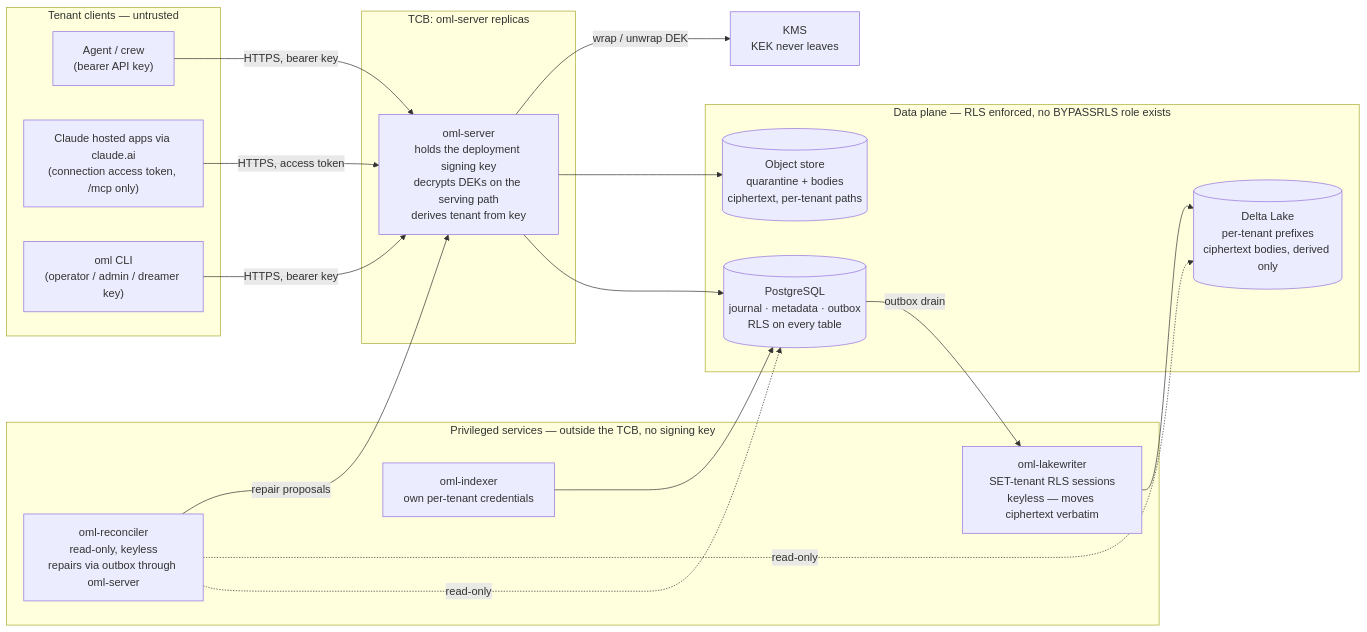
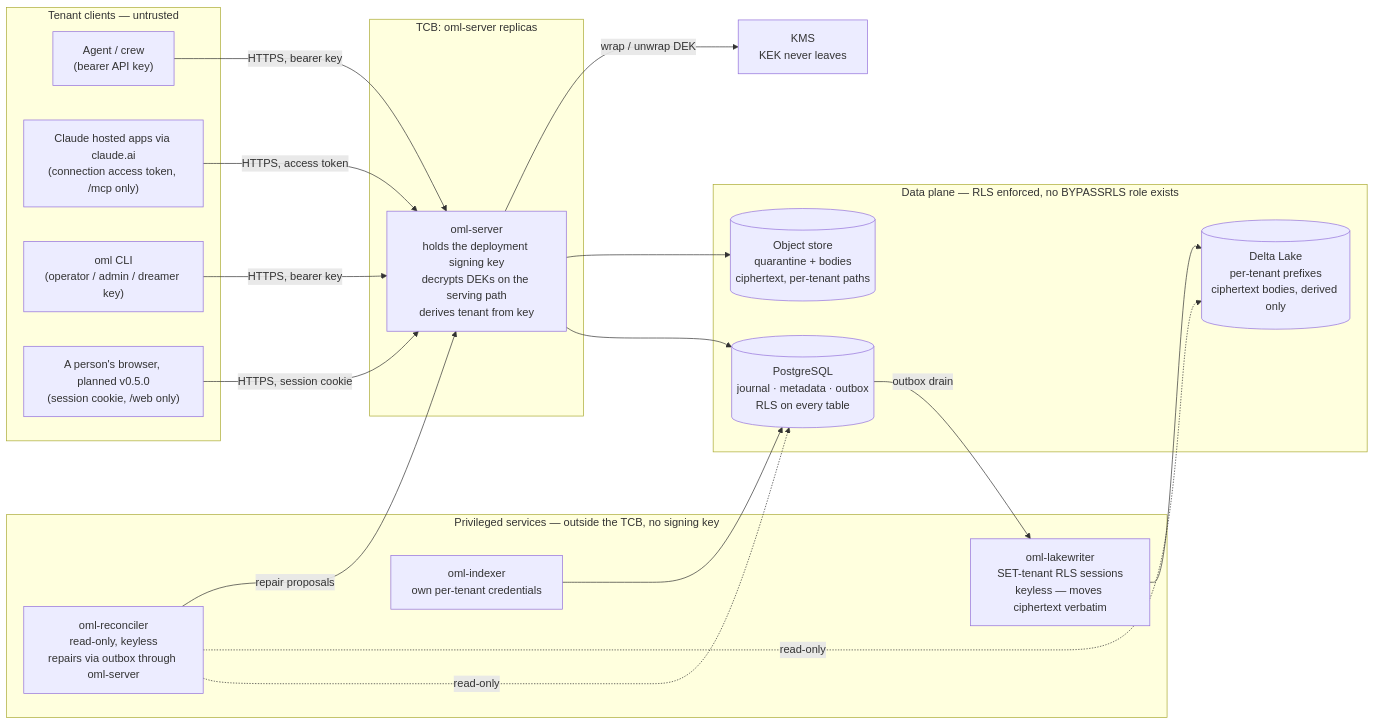
One commit to e8kor/open-memory-lab changed the diagram in docs/architecture/security.md. Above: the diagram before and after it, drawn with Mermaid. The commit also changed other lines of this file and 14 other files, not shown here.

Commit message:
Mark the user page, the admin page, sign-in, sessions, session keys, the email allowlist and its routes as planned for v0.5.0 on the pages ADR-0045 touches, declare the nine routes in the designed annex, and open FR-75 and FR-76

````diff
--- a/docs/architecture/security.md
+++ b/docs/architecture/security.md
@@ -432,39 +459,41 @@
 ```mermaid
 flowchart LR
   subgraph clients["Tenant clients — untrusted"]
     A["Agent / crew<br/>(bearer API key)"]
     H["Claude hosted apps via claude.ai<br/>(connection access token, /mcp only)"]
     CLI["oml CLI<br/>(operator / admin / dreamer key)"]
+    W["A person's browser, planned v0.5.0<br/>(session cookie, /web only)"]
   end
 
   subgraph tcb["TCB: oml-server replicas"]
     S["oml-server<br/>holds the deployment signing key<br/>decrypts DEKs on the serving path<br/>derives tenant from key"]
   end
 
   subgraph data["Data plane — RLS enforced, no BYPASSRLS role exists"]
     PG[("PostgreSQL<br/>journal · metadata · outbox<br/>RLS on every table")]
     OS[("Object store<br/>quarantine + bodies<br/>ciphertext, per-tenant paths")]
     DL[("Delta Lake<br/>per-tenant prefixes<br/>ciphertext bodies, derived only")]
   end
 
   subgraph priv["Privileged services — outside the TCB, no signing key"]
     LW["oml-lakewriter<br/>SET-tenant RLS sessions<br/>keyless — moves ciphertext verbatim"]
     RC["oml-reconciler<br/>read-only, keyless<br/>repairs via outbox through oml-server"]
     IX["oml-indexer<br/>own per-tenant credentials"]
   end
 
   KMS["KMS<br/>KEK never leaves"]
 
   A -- "HTTPS, bearer key" --> S
   H -- "HTTPS, access token" --> S
   CLI -- "HTTPS, bearer key" --> S
+  W -- "HTTPS, session cookie" --> S
   S --> PG
   S --> OS
   S -- "wrap / unwrap DEK" --> KMS
   PG -- "outbox drain" --> LW
   LW --> DL
   RC -. "read-only" .-> PG
   RC -. "read-only" .-> DL
   RC -- "repair proposals" --> S
   IX --> PG
 ```
````
